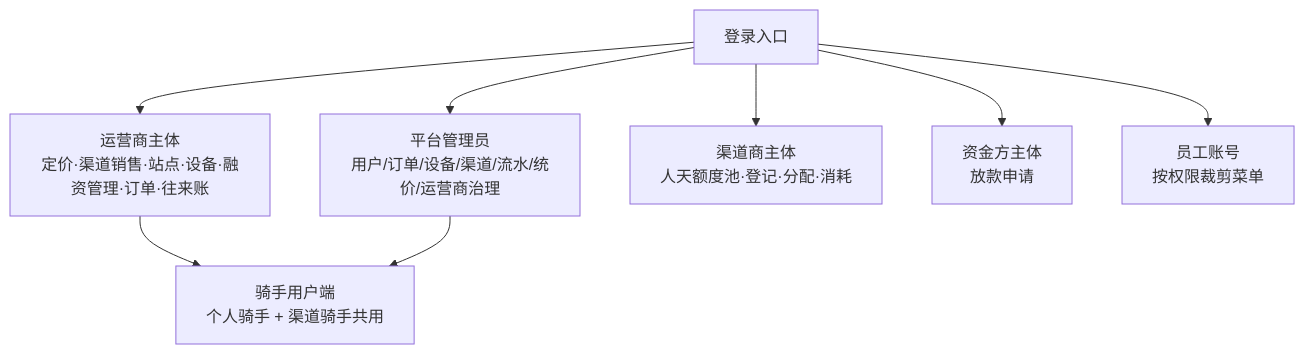
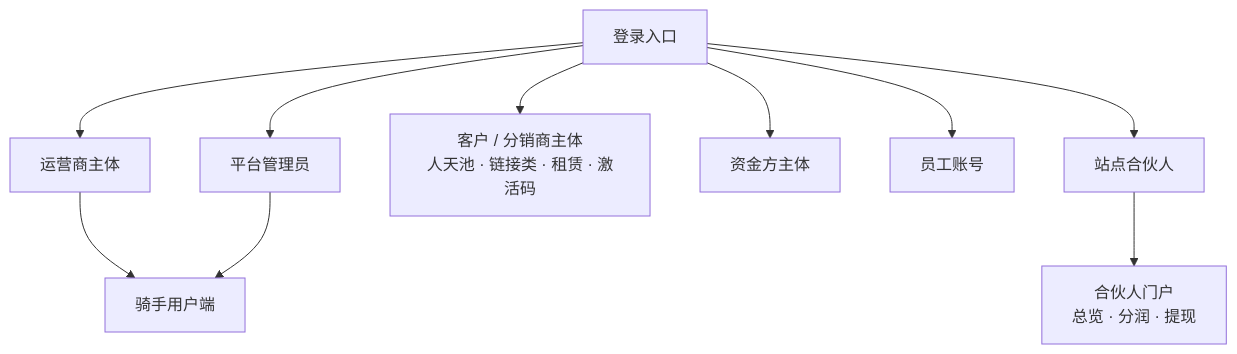
One commit to liudali/rider-swap-operator-prototype changed the fifth of 6 diagrams in docs/业务整体预览图.md. Above: the diagram before and after it, drawn with Mermaid. The commit also changed other lines of this file and 68 other files, not shown here.

Commit message:
同步在线版：骑手端平铺流程、文档图高清下载、资金流图购套餐清分。

````diff
--- a/docs/业务整体预览图.md
+++ b/docs/业务整体预览图.md
@@ -230,13 +334,13 @@
 ```mermaid
 flowchart TB
   Login[登录入口]
-
-  Login --> AdminM["平台管理员<br/>用户/订单/设备/渠道/流水/统价/运营商治理"]
-  Login --> OPM["运营商主体<br/>定价·渠道销售·站点·设备·融资管理·订单·往来账"]
-  Login --> CHM["渠道商主体<br/>人天额度池·登记·分配·消耗"]
-  Login --> LM["资金方主体<br/>放款申请"]
-  Login --> Emp["员工账号<br/>按权限裁剪菜单"]
-
-  OPM --> Mobile["骑手用户端<br/>个人骑手 + 渠道骑手共用"]
+  Login --> AdminM[平台管理员]
+  Login --> OPM[运营商主体]
+  Login --> CHM["客户 / 分销商主体<br/>人天池 · 链接类 · 租赁 · 激活码"]
+  Login --> LM[资金方主体]
+  Login --> Emp[员工账号]
+  Login --> PartnerM[站点合伙人]
+  OPM --> Mobile[骑手用户端]
   AdminM --> Mobile
+  PartnerM --> PartnerPortal[合伙人门户<br/>总览 · 分润 · 提现]
 ```
````
